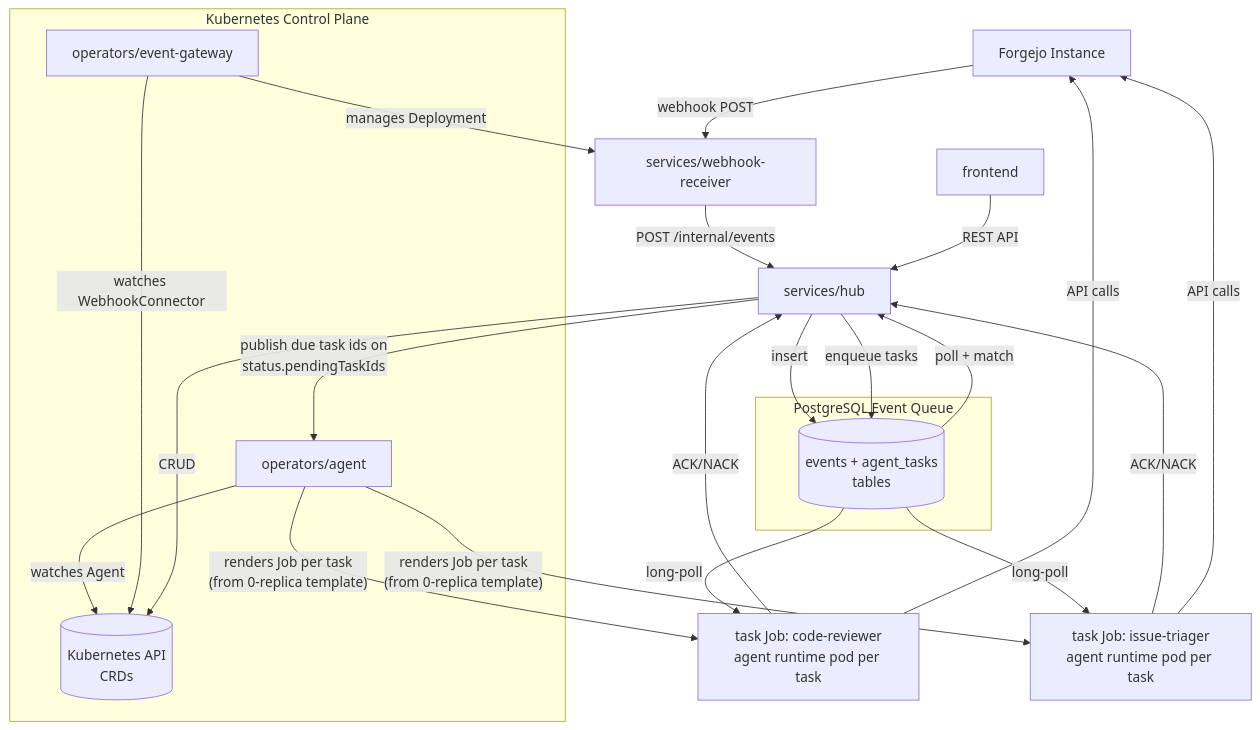
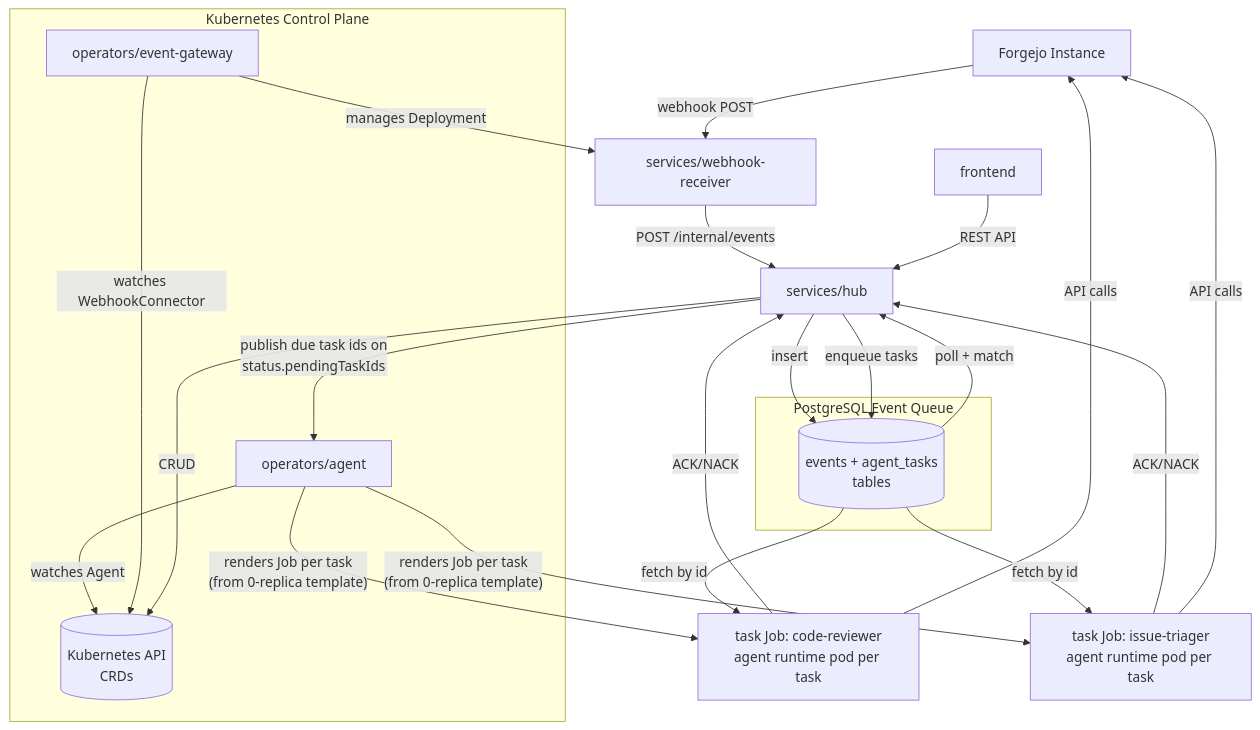
The diagram in README.md (ainsel-project/ainsel), drawn with Mermaid before and after one commit. The commit also changed 27 other files, not shown here.

First line of the commit message:
refactor(hub)!: retire the next-task long-poll and claim chain

````diff
--- a/README.md
+++ b/README.md
@@ -193,36 +193,36 @@
 ```mermaid
 graph TD
     FORGE[Forgejo Instance] -->|webhook POST| FC[services/webhook-receiver]
 
     subgraph "PostgreSQL Event Queue"
         EQ[(events + agent_tasks<br/>tables)]
     end
 
     FC -->|POST /internal/events| HUB[services/hub]
     HUB -->|insert| EQ
     EQ -->|poll + match| HUB
     HUB -->|enqueue tasks| EQ
-    EQ -->|long-poll| AR1[task Job: code-reviewer<br/>agent runtime pod per task]
-    EQ -->|long-poll| AR2[task Job: issue-triager<br/>agent runtime pod per task]
+    EQ -->|fetch by id| AR1[task Job: code-reviewer<br/>agent runtime pod per task]
+    EQ -->|fetch by id| AR2[task Job: issue-triager<br/>agent runtime pod per task]
     AR1 -->|ACK/NACK| HUB
     AR2 -->|ACK/NACK| HUB
 
     AR1 -->|API calls| FORGE
     AR2 -->|API calls| FORGE
 
     subgraph "Kubernetes Control Plane"
         AO[operators/agent]
         CO[operators/event-gateway]
         K8s[(Kubernetes API<br/>CRDs)]
     end
 
     HUB -->|"publish due task ids on<br/>status.pendingTaskIds"| AO
     AO -->|watches Agent| K8s
     CO -->|watches WebhookConnector| K8s
     AO -->|"renders Job per task<br/>(from 0-replica template)"| AR1
     AO -->|"renders Job per task<br/>(from 0-replica template)"| AR2
     CO -->|manages Deployment| FC
 
     UI[frontend] -->|REST API| HUB
     HUB -->|CRUD| K8s
 ```
````
